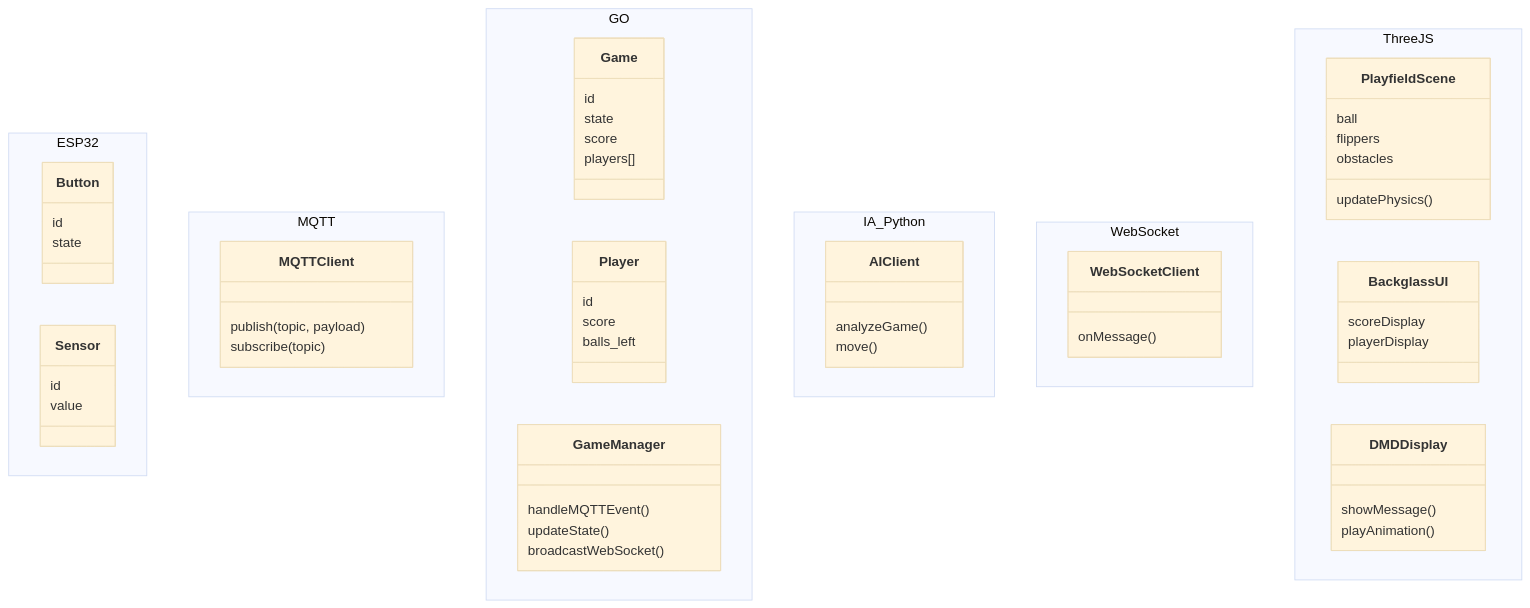
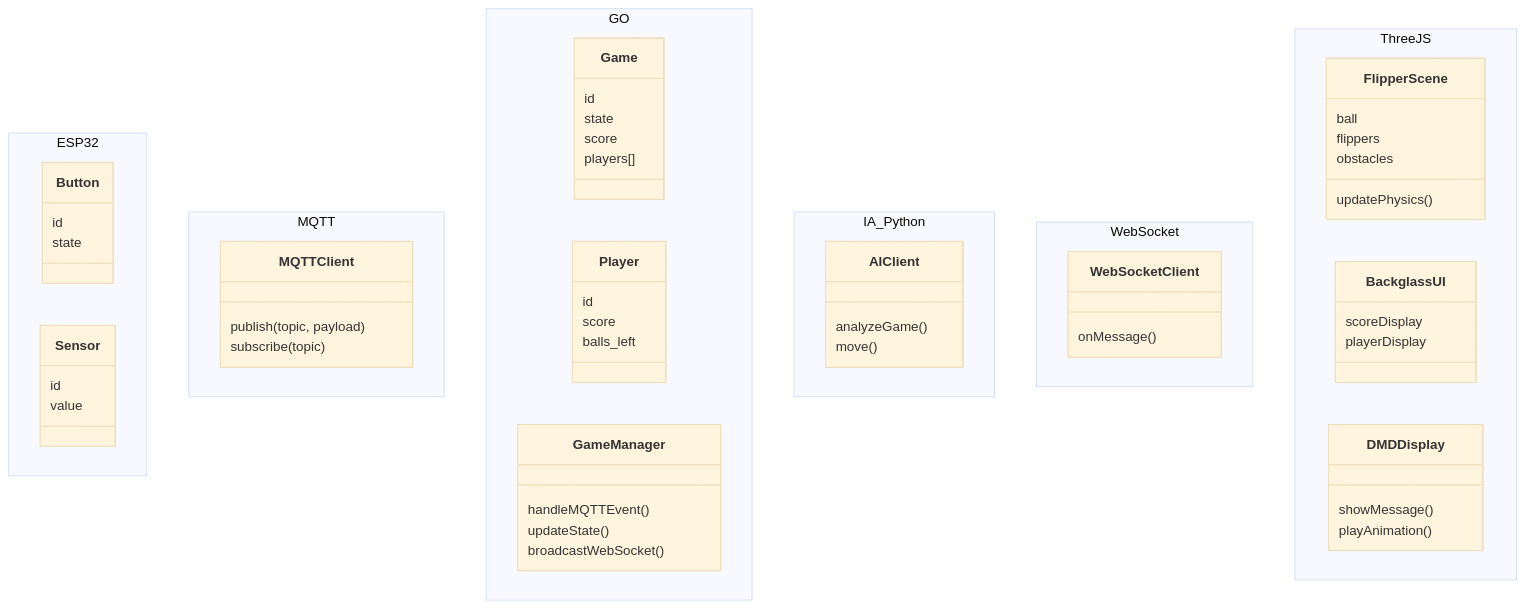
The diagram in doc/diagrams/Class.md (AkaTFL/Flipper), drawn with Mermaid (base theme) before and after one commit. The commit also changed 20 other files, not shown here.

````diff
--- a/doc/diagrams/Class.md
+++ b/doc/diagrams/Class.md
@@ -1,69 +1,69 @@
 ```mermaid
 classDiagram
   namespace ESP32 {
     class Button {
       id
       state
     }
     class Sensor {
       id
       value
     }
   }
 
   namespace MQTT {
     class MQTTClient {
       publish(topic, payload)
       subscribe(topic)
     }
   }
 
   namespace GO {
     class Game {
       id
       state
       score
       players[]
     }
     class Player {
       id
       score
       balls_left
     }
     class GameManager {
       handleMQTTEvent()
       updateState()
       broadcastWebSocket()
     }
   }
 
   namespace IA_Python {
     class AIClient {
       analyzeGame()
       move()
     }
   }
 
   namespace WebSocket {
     class WebSocketClient {
       onMessage()
     }
   }
 
   namespace ThreeJS {
-    class PlayfieldScene {
+    class FlipperScene {
       ball
       flippers
       obstacles
       updatePhysics()
     }
     class BackglassUI {
       scoreDisplay
       playerDisplay
     }
     class DMDDisplay {
       showMessage()
       playAnimation()
     }
   }
 ```
````
